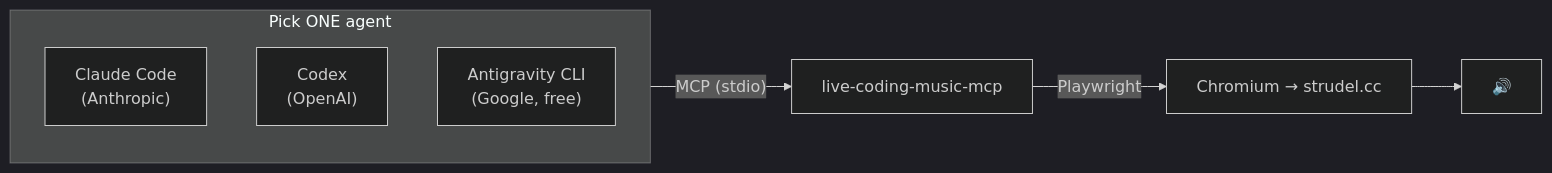
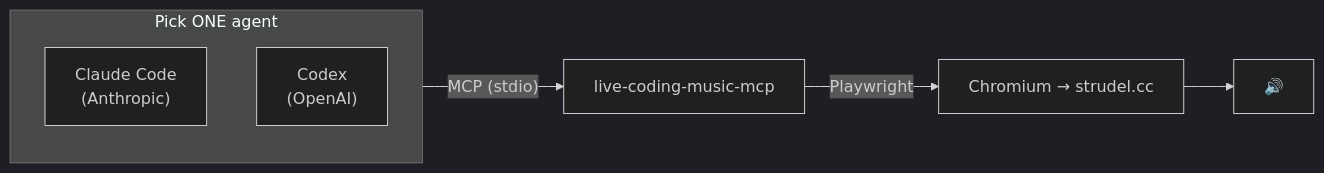
One commit to simonebonato/exploration-week-strudel-mcp changed the diagram in docs/setup/README.md. Above: the diagram before and after it, drawn with Mermaid (dark theme). The commit also changed other lines of this file and 25 other files, not shown here.

````diff
--- a/docs/setup/README.md
+++ b/docs/setup/README.md
@@ -13,11 +13,10 @@
 ```mermaid
 flowchart LR
     subgraph agents["Pick ONE agent"]
         CC["Claude Code<br/>(Anthropic)"]
         CX["Codex<br/>(OpenAI)"]
-        AG["Antigravity CLI<br/>(Google, free)"]
     end
     agents -->|"MCP (stdio)"| S["live-coding-music-mcp"]
     S -->|Playwright| B["Chromium → strudel.cc"]
     B --> N["🔊"]
 ```
````
